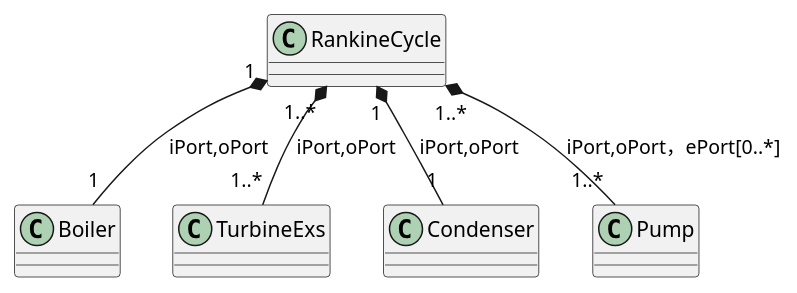
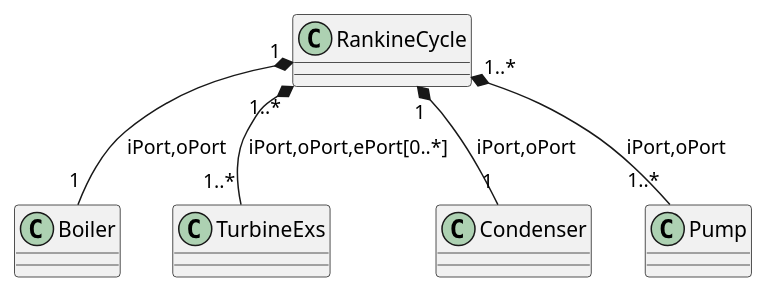
One commit to thermalogic/PyRankine changed the diagram in uml/RankineCycle_Device.puml. Above: the diagram before and after it, drawn with PlantUML.

Commit message:
update relation

```diff
--- a/uml/RankineCycle_Device.puml
+++ b/uml/RankineCycle_Device.puml
@@ -1,6 +1,6 @@
 @startuml
 RankineCycle "1" *-- "1" Boiler: iPort,oPort
-RankineCycle "1..*" *-- "1..*" TurbineExs: iPort,oPort
+RankineCycle "1..*" *-- "1..*" TurbineExs: iPort,oPort,ePort[0..*]
 RankineCycle "1" *-- "1" Condenser: iPort,oPort
-RankineCycle "1..*" *-- "1..*" Pump: iPort,oPort，ePort[0..*]
+RankineCycle "1..*" *-- "1..*" Pump: iPort,oPort
 @enduml
```
